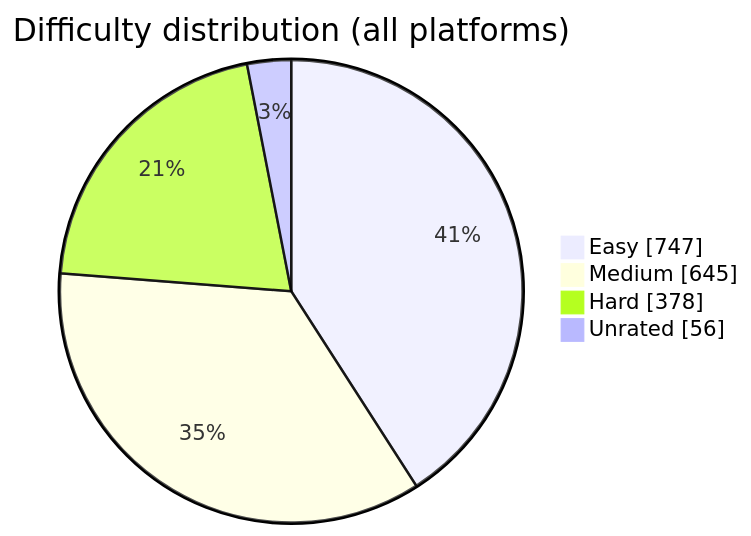
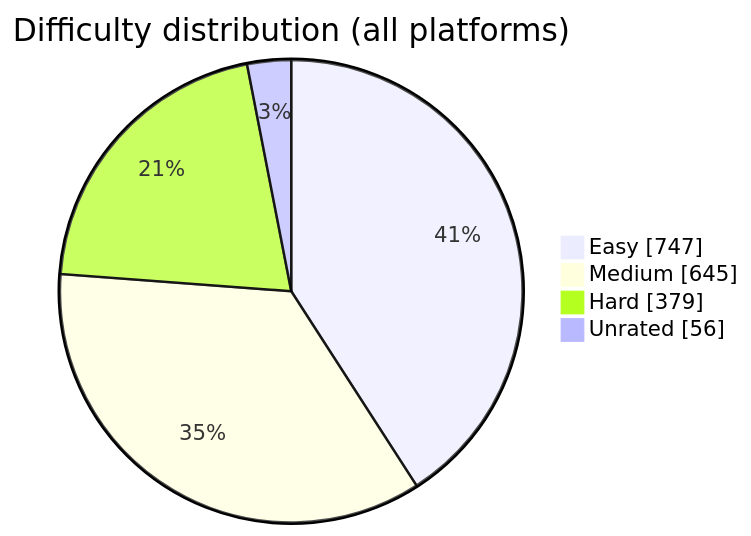
The diagram in README.md (BuildbyArindam/Daily-Coding-Log), drawn with Mermaid before and after one commit. The commit also changed other lines of this file, not shown here.

````diff
--- a/README.md
+++ b/README.md
@@ -108,7 +108,7 @@
 ```mermaid
 pie showData title Difficulty distribution (all platforms)
     "Easy" : 747
     "Medium" : 645
-    "Hard" : 378
+    "Hard" : 379
     "Unrated" : 56
 ```
````
